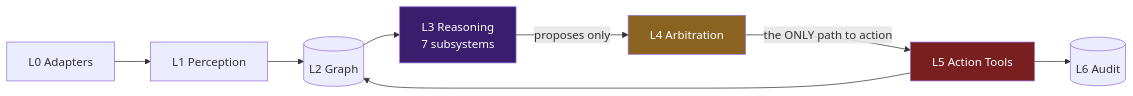
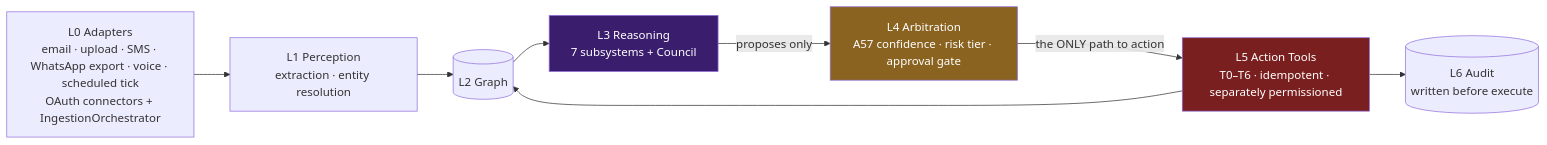
Before and after one commit to doshikaran/GharOS: the diagram in docs/diagrams/02-layers.md, drawn with Mermaid. The commit also changed other lines of this file and 69 other files, not shown here.

````diff
--- a/docs/diagrams/02-layers.md
+++ b/docs/diagrams/02-layers.md
@@ -5,11 +5,13 @@
 ```mermaid
 flowchart LR
-    L0[L0 Adapters] --> L1[L1 Perception] --> L2[(L2 Graph)] --> L3[L3 Reasoning<br/>7 subsystems]
-    L3 -->|proposes only| L4[L4 Arbitration]
-    L4 -->|the ONLY path to action| L5[L5 Action Tools]
-    L5 --> L6[(L6 Audit)]
+    L0[L0 Adapters<br/>email · upload · SMS · WhatsApp export · voice · scheduled tick<br/>OAuth connectors + IngestionOrchestrator] --> L1[L1 Perception<br/>extraction · entity resolution]
+    L1 --> L2[(L2 Graph)]
+    L2 --> L3[L3 Reasoning<br/>7 subsystems + Council]
+    L3 -->|proposes only| L4[L4 Arbitration<br/>A57 confidence · risk tier · approval gate]
+    L4 -->|the ONLY path to action| L5[L5 Action Tools<br/>T0–T6 · idempotent · separately permissioned]
+    L5 --> L6[(L6 Audit<br/>written before execute)]
     L5 --> L2
     style L3 fill:#3b1d6e,color:#fff
     style L4 fill:#8a6320,color:#fff
     style L5 fill:#7a1f1f,color:#fff
 ```
````
